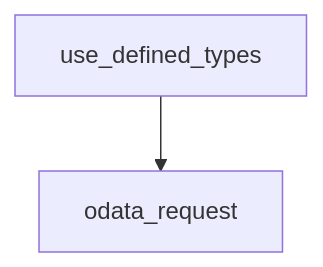
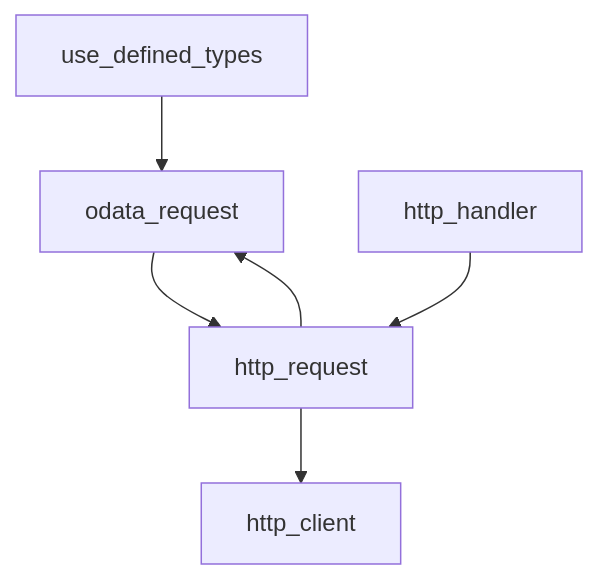
The second of 2 diagrams in docs/architecture.md (OData/odata.net), drawn with Mermaid before and after one commit.

````diff
--- a/docs/architecture.md
+++ b/docs/architecture.md
@@ -236,4 +236,8 @@
 ```mermaid
 graph TD;
     use_defined_types-->odata_request;
+    odata_request-->http_request;
+    http_request-->http_client;
+    http_handler-->http_request;
+    http_request-->odata_request
 ```
````
